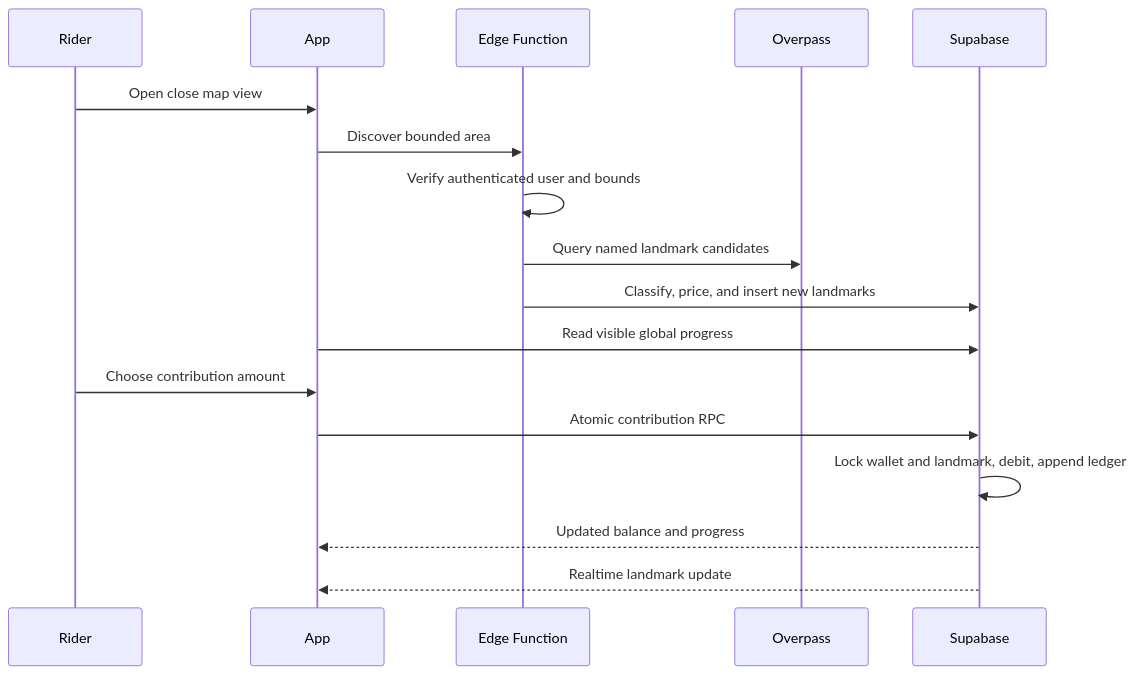
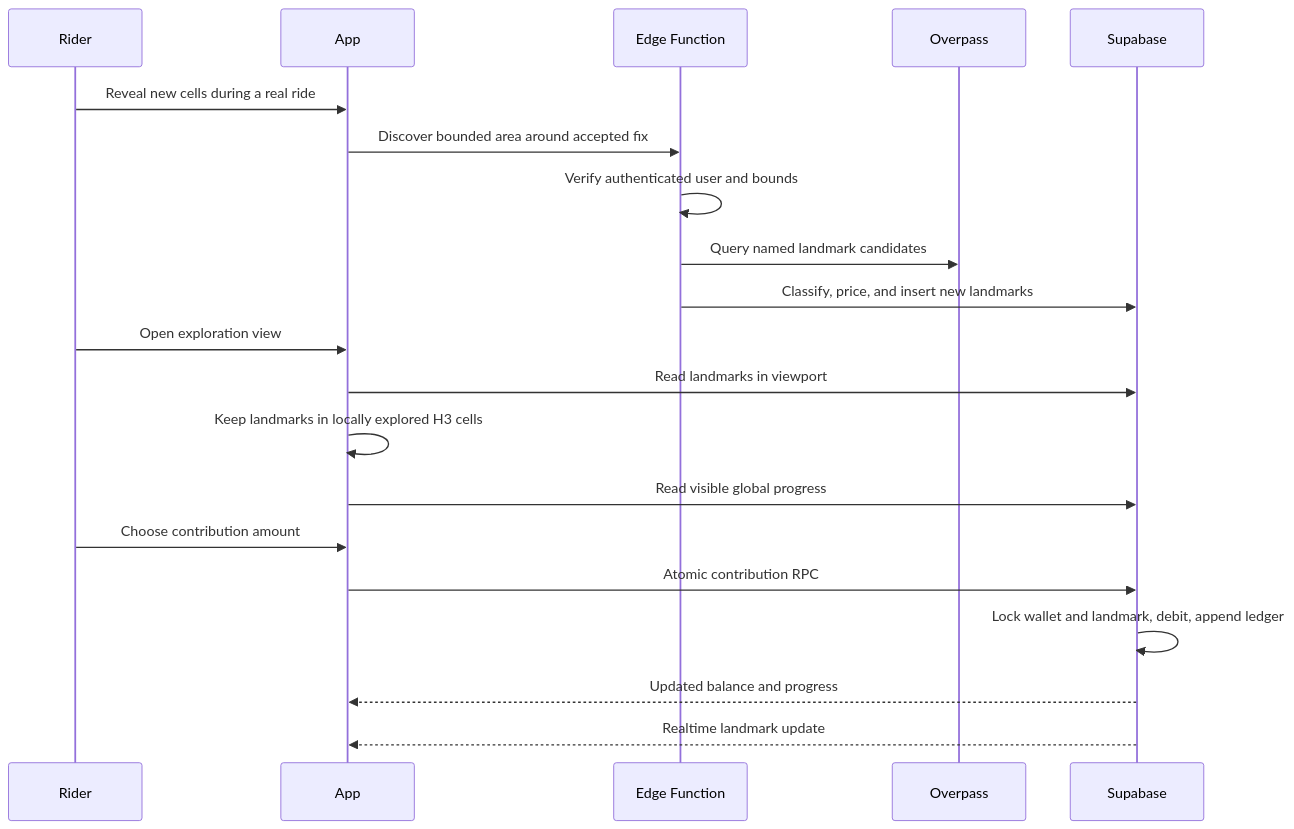
The second of 2 diagrams in Architecture/7-Runtime-View/7.4-Cloud-Synchronization.md (MadCowDevelopment/veloterra), drawn with Mermaid before and after one commit. The commit also changed 8 other files, not shown here.

Commit message:
Tie landmark discovery to exploration

````diff
--- a/Architecture/7-Runtime-View/7.4-Cloud-Synchronization.md
+++ b/Architecture/7-Runtime-View/7.4-Cloud-Synchronization.md
@@ -36,20 +36,23 @@
 ```mermaid
 sequenceDiagram
     participant Rider
     participant App
     participant Discovery as Edge Function
     participant OSM as Overpass
     participant Cloud as Supabase
 
-    Rider->>App: Open close map view
-    App->>Discovery: Discover bounded area
+    Rider->>App: Reveal new cells during a real ride
+    App->>Discovery: Discover bounded area around accepted fix
     Discovery->>Discovery: Verify authenticated user and bounds
     Discovery->>OSM: Query named landmark candidates
     Discovery->>Cloud: Classify, price, and insert new landmarks
+    Rider->>App: Open exploration view
+    App->>Cloud: Read landmarks in viewport
+    App->>App: Keep landmarks in locally explored H3 cells
     App->>Cloud: Read visible global progress
     Rider->>App: Choose contribution amount
     App->>Cloud: Atomic contribution RPC
     Cloud->>Cloud: Lock wallet and landmark, debit, append ledger
     Cloud-->>App: Updated balance and progress
     Cloud-->>App: Realtime landmark update
 ```
````
